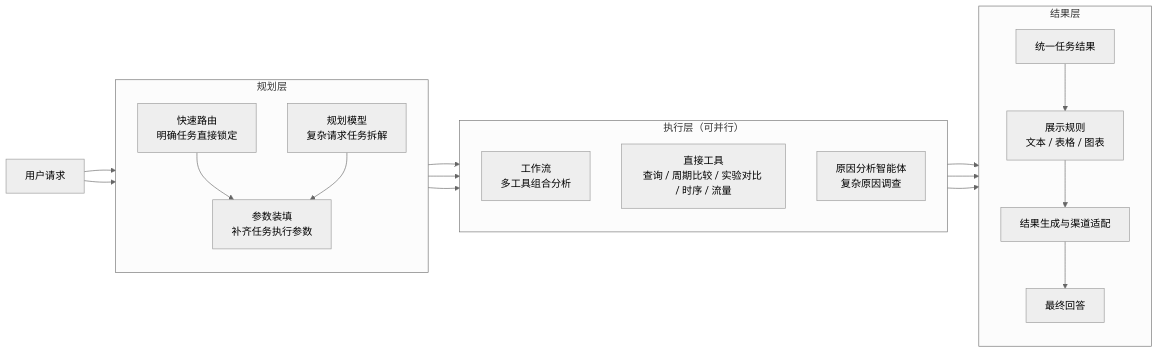
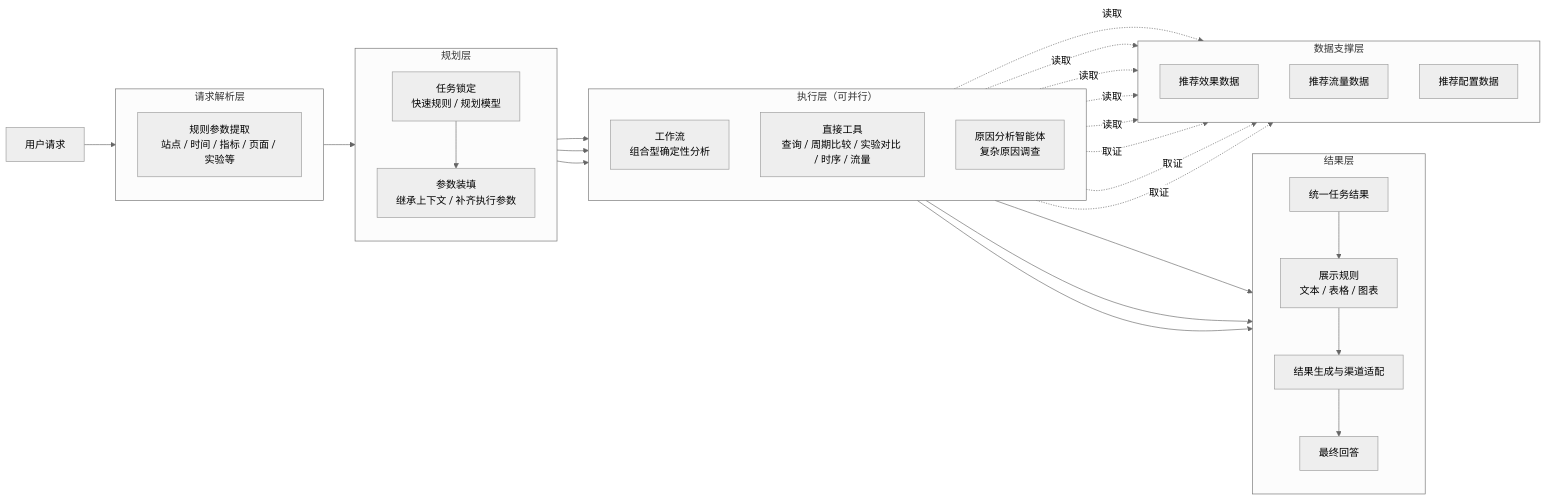
One commit to sgfd-ui/internship changed the second of 2 diagrams in weekly-report/agent-comparison.md. Above: the diagram before and after it, drawn with Mermaid (neutral theme). The commit also changed other lines of this file, not shown here.

Commit message:
docs: refine layered architectures and add data support layer

````diff
--- a/weekly-report/agent-comparison.md
+++ b/weekly-report/agent-comparison.md
@@ -65,41 +70,57 @@
 ```mermaid
 flowchart LR
     U[用户请求]
 
+    subgraph Q[请求解析层]
+        direction TB
+        Q1[规则参数提取<br/>站点 / 时间 / 指标 / 页面 / 实验等]
+    end
+
     subgraph P[规划层]
         direction TB
-        F[快速路由<br/>明确任务直接锁定]
-        L[规划模型<br/>复杂请求任务拆解]
-        B[参数装填<br/>补齐任务执行参数]
+        P1[任务锁定<br/>快速规则 / 规划模型]
+        P2[参数装填<br/>继承上下文 / 补齐执行参数]
+        P1 --> P2
     end
 
     subgraph E[执行层（可并行）]
         direction TB
-        W[工作流<br/>多工具组合分析]
-        T[直接工具<br/>查询 / 周期比较 / 实验对比 / 时序 / 流量]
-        A[原因分析智能体<br/>复杂原因调查]
+        E1[工作流<br/>组合型确定性分析]
+        E2[直接工具<br/>查询 / 周期比较 / 实验对比 / 时序 / 流量]
+        E3[原因分析智能体<br/>复杂原因调查]
     end
 
     subgraph R[结果层]
         direction TB
-        TR[统一任务结果]
-        PR[展示规则<br/>文本 / 表格 / 图表]
-        O[结果生成与渠道适配]
-        F2[最终回答]
+        R1[统一任务结果]
+        R2[展示规则<br/>文本 / 表格 / 图表]
+        R3[结果生成与渠道适配]
+        F[最终回答]
+        R1 --> R2 --> R3 --> F
     end
 
-    U --> F
-    U --> L
-    F --> B
-    L --> B
+    subgraph D[数据支撑层]
+        direction TB
+        D1[推荐效果数据]
+        D2[推荐流量数据]
+        D3[推荐配置数据]
+    end
 
-    B --> W
-    B --> T
-    B --> A
+    U --> Q1 --> P1
+    P2 --> E1
+    P2 --> E2
+    P2 --> E3
 
-    W --> TR
-    T --> TR
-    A --> TR
+    E1 --> R1
+    E2 --> R1
+    E3 --> R1
 
-    TR --> PR --> O --> F2
+    E1 -.读取.-> D1
+    E1 -.读取.-> D3
+    E2 -.读取.-> D1
+    E2 -.读取.-> D2
+    E2 -.读取.-> D3
+    E3 -.取证.-> D1
+    E3 -.取证.-> D2
+    E3 -.取证.-> D3
 ```
````
